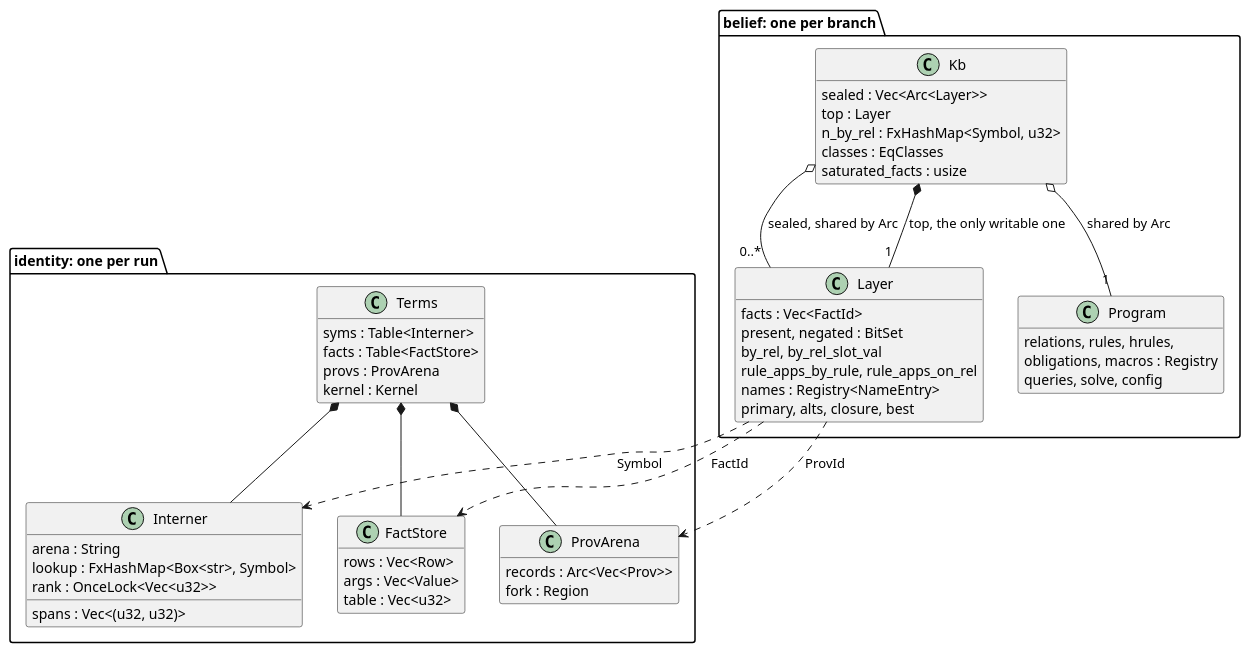
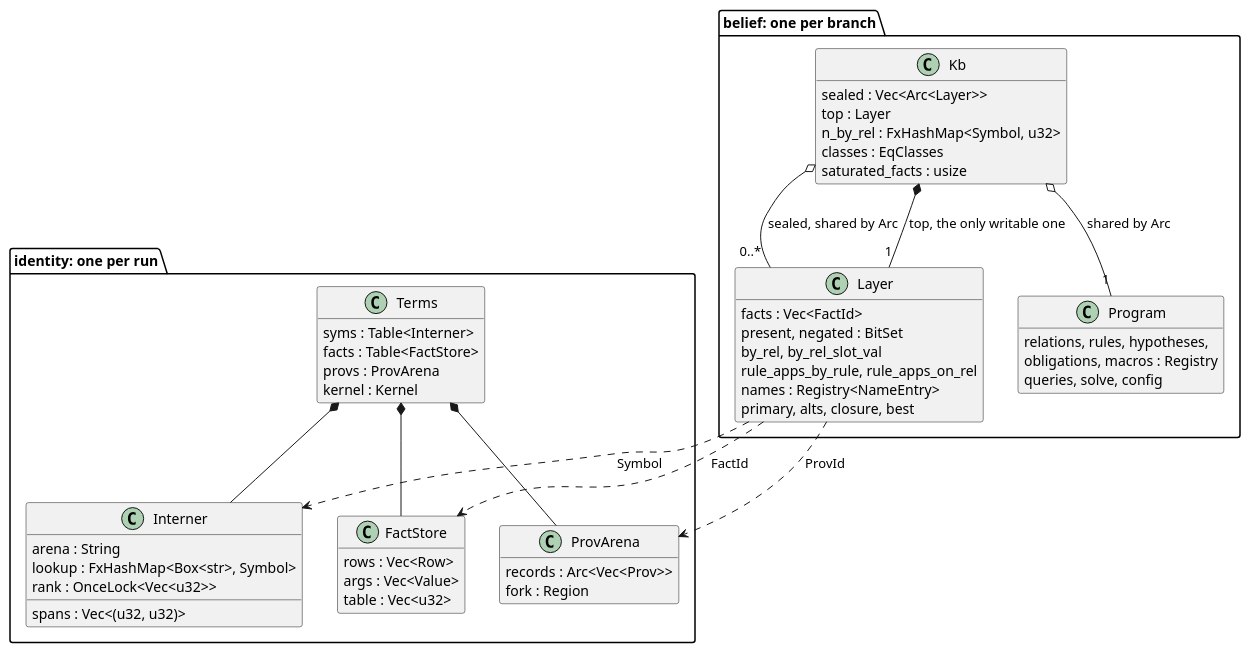
The diagram in docs/ein/ein.rs/03-design/diagrams/03-terms-and-kb.puml (agutikov/ein), drawn with PlantUML before and after one commit. The commit also changed 119 other files, not shown here.

```diff
--- a/docs/ein/ein.rs/03-design/diagrams/03-terms-and-kb.puml
+++ b/docs/ein/ein.rs/03-design/diagrams/03-terms-and-kb.puml
@@ -1,61 +1,61 @@
 @startuml
 hide empty methods
 skinparam classAttributeIconSize 0
 
 package "identity: one per run" {
   class Terms {
     syms : Table<Interner>
     facts : Table<FactStore>
     provs : ProvArena
     kernel : Kernel
   }
   class Interner {
     arena : String
     spans : Vec<(u32, u32)>
     lookup : FxHashMap<Box<str>, Symbol>
     rank : OnceLock<Vec<u32>>
   }
   class FactStore {
     rows : Vec<Row>
     args : Vec<Value>
     table : Vec<u32>
   }
   class ProvArena {
     records : Arc<Vec<Prov>>
     fork : Region
   }
 }
 
 package "belief: one per branch" {
   class Kb {
     sealed : Vec<Arc<Layer>>
     top : Layer
     n_by_rel : FxHashMap<Symbol, u32>
     classes : EqClasses
     saturated_facts : usize
   }
   class Layer {
     facts : Vec<FactId>
     present, negated : BitSet
     by_rel, by_rel_slot_val
     rule_apps_by_rule, rule_apps_on_rel
     names : Registry<NameEntry>
     primary, alts, closure, best
   }
   class Program {
-    relations, rules, hrules,
+    relations, rules, hypotheses,
     obligations, macros : Registry
     queries, solve, config
   }
 }
 
 Terms *-- Interner
 Terms *-- FactStore
 Terms *-- ProvArena
 Kb o-- "0..*" Layer : sealed, shared by Arc
 Kb *-- "1" Layer : top, the only writable one
 Kb o-- "1" Program : shared by Arc
 Layer ..> FactStore : FactId
 Layer ..> ProvArena : ProvId
 Layer ..> Interner : Symbol
 @enduml
```
